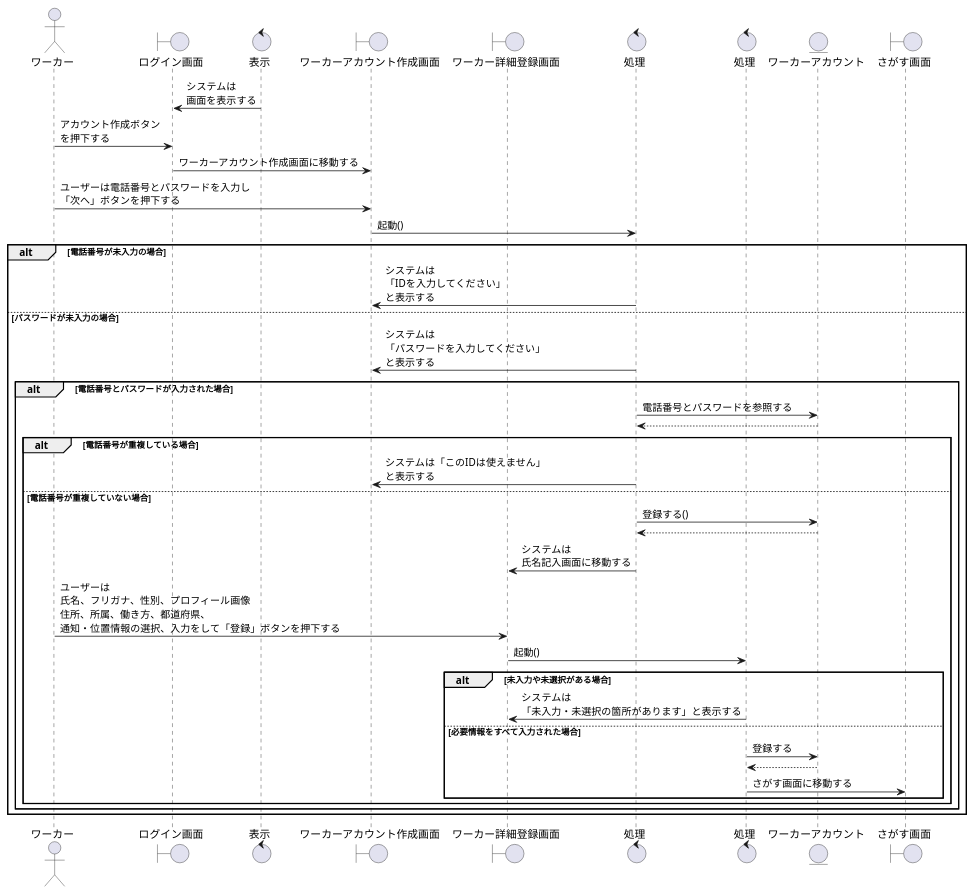
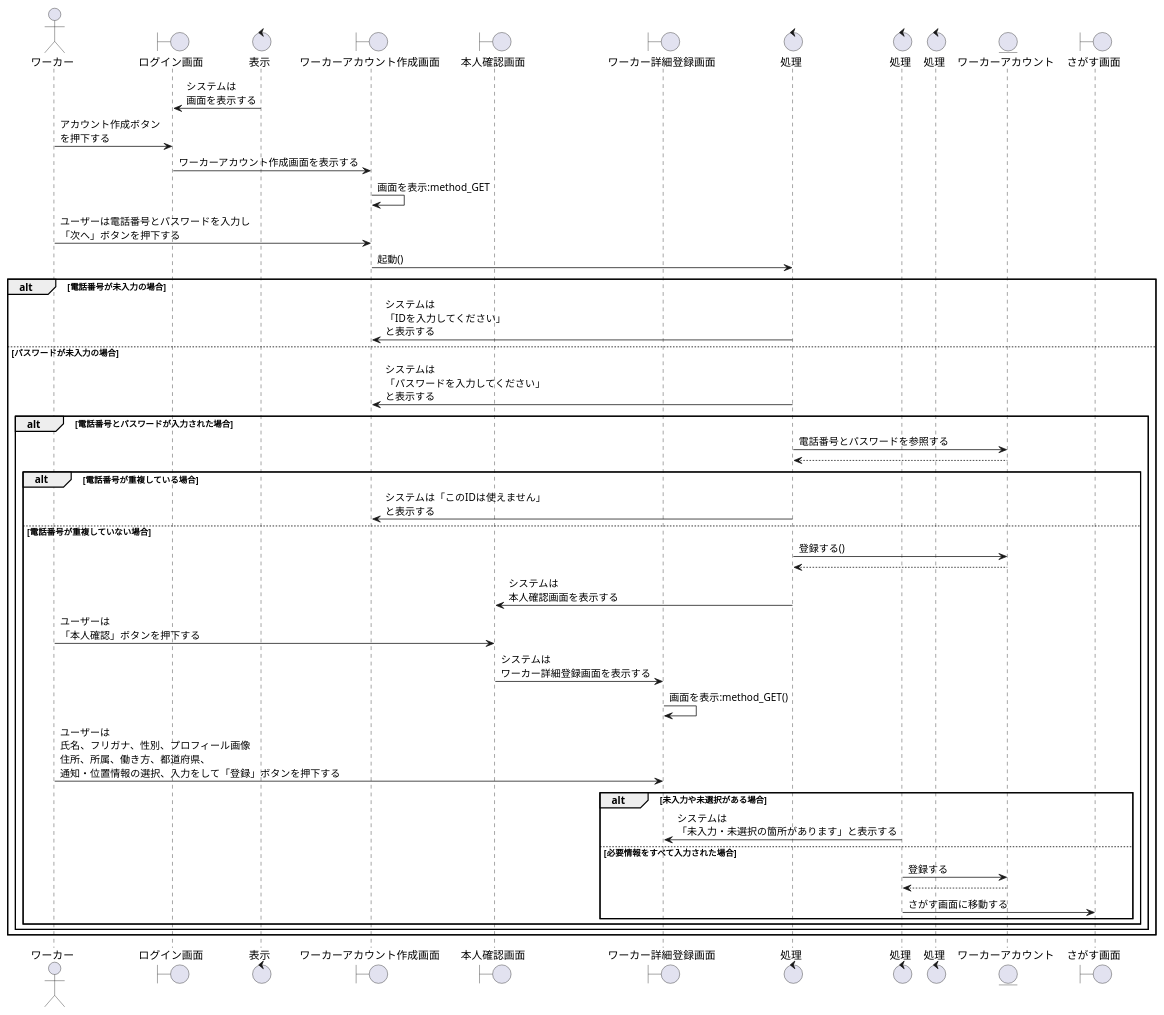
One commit to irukacb256/high_Me changed the diagram in sequence_fig/1_login_fn/1_ワーカーのアカウントを作成する.pu. Above: the diagram before and after it, drawn with PlantUML. The commit also changed 3 other files, not shown here.

```diff
--- a/sequence_fig/1_login_fn/1_ワーカーのアカウントを作成する.pu
+++ b/sequence_fig/1_login_fn/1_ワーカーのアカウントを作成する.pu
@@ -1,62 +1,67 @@
 @startuml ワーカーのアカウントを作成する
 
 ' 1
 actor ワーカー as wo1
 
 boundary ログイン画面 as log1
 control 表示 as co1
 
 boundary ワーカーアカウント作成画面 as wav1
+boundary 本人確認画面 as ivv1
 boundary ワーカー詳細登録画面 as wdv1
 control 処理 as co2
 control 処理 as co3
+control 処理 as co4
 
 entity ワーカーアカウント as ac1
 boundary さがす画面 as sc1
 
 ' 2
 co1 -> log1 : システムは\n画面を表示する
 wo1 -> log1 : アカウント作成ボタン\nを押下する
-log1 -> wav1 : ワーカーアカウント作成画面に移動する
-
+log1 -> wav1 : ワーカーアカウント作成画面を表示する
+wav1 -> wav1 : 画面を表示:method_GET
 wo1 -> wav1 : ユーザーは電話番号とパスワードを入力し\n「次へ」ボタンを押下する
 wav1 -> co2 : 起動()
 
 alt 電話番号が未入力の場合
     co2 -> wav1 : システムは\n「IDを入力してください」\nと表示する
 
 else パスワードが未入力の場合
     co2 -> wav1 : システムは\n「パスワードを入力してください」\nと表示する
 
     alt 電話番号とパスワードが入力された場合
         co2 -> ac1 : 電話番号とパスワードを参照する
         co2 <-- ac1
 
         alt 電話番号が重複している場合
             co2 -> wav1 : システムは「このIDは使えません」\nと表示する
 
         else 電話番号が重複していない場合
             co2 -> ac1 : 登録する()
             co2 <-- ac1
-            co2 -> wdv1 : システムは\n氏名記入画面に移動する
+            co2 -> ivv1 : システムは\n本人確認画面を表示する
+            wo1 -> ivv1 : ユーザーは\n「本人確認」ボタンを押下する
+            ivv1 -> wdv1 : システムは\nワーカー詳細登録画面を表示する
+            wdv1 -> wdv1 : 画面を表示:method_GET()
             wo1 -> wdv1 : ユーザーは\n氏名、フリガナ、性別、プロフィール画像\n住所、所属、働き方、都道府県、\n通知・位置情報の選択、入力をして「登録」ボタンを押下する
-            wdv1 -> co3 : 起動()    
+            
 
     
 
 '3
             alt 未入力や未選択がある場合
                 co3 -> wdv1 : システムは\n「未入力・未選択の箇所があります」と表示する
 
     
             else 必要情報をすべて入力された場合
                 co3 -> ac1 : 登録する
                 co3 <-- ac1
                 co3 -> sc1 : さがす画面に移動する
             end
         end
     end
 
 end
 
 @enduml
```
